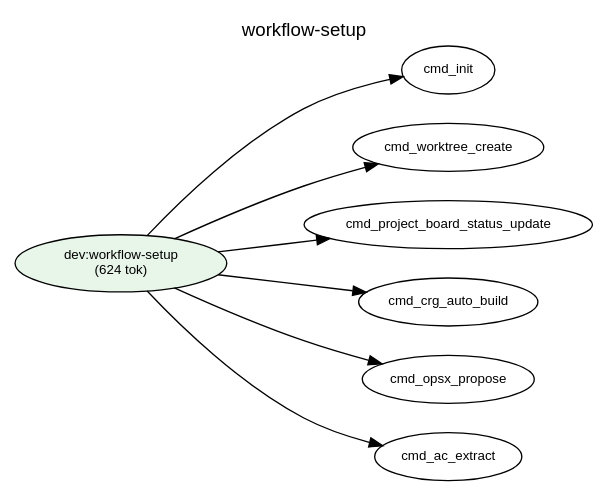
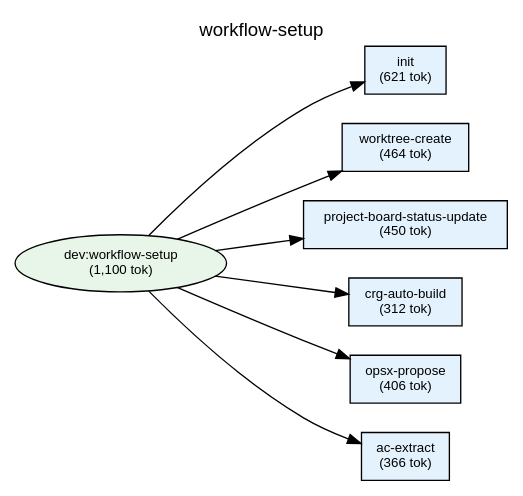
The diagram in plugins/dev/docs/deps-workflow-setup.dot (shuu5/twill), drawn with Graphviz before and after one commit. The commit also changed 26 other files, not shown here.

```diff
--- a/plugins/dev/docs/deps-workflow-setup.dot
+++ b/plugins/dev/docs/deps-workflow-setup.dot
@@ -1,43 +1,57 @@
 digraph Dependencies {
     // Graph settings
     rankdir=LR;
     ranksep=0.8;
     nodesep=0.3;
     fontname="Helvetica";
     node [fontname="Helvetica", fontsize=10];
     edge [fontname="Helvetica", fontsize=9];
     label="workflow-setup";
     labelloc=t;
     fontsize=14;
 
     // L0: Controller Skills
 
     // L0: Launchers
 
     // L0.5: Workflow Skills
-    skill_workflow_setup [label="dev:workflow-setup\n(624 tok)", shape=ellipse, style=filled, fillcolor="#e8f5e9"];
+    skill_workflow_setup [label="dev:workflow-setup\n(1,100 tok)", shape=ellipse, style=filled, fillcolor="#e8f5e9"];
 
     // Reference Skills
 
     // L1: Direct Commands
+    cmd_init [label="init\n(621 tok)", shape=box, style=filled, fillcolor="#e3f2fd"];
+    cmd_worktree_create [label="worktree-create\n(464 tok)", shape=box, style=filled, fillcolor="#e3f2fd"];
+    cmd_project_board_status_update [label="project-board-status-update\n(450 tok)", shape=box, style=filled, fillcolor="#e3f2fd"];
+    cmd_crg_auto_build [label="crg-auto-build\n(312 tok)", shape=box, style=filled, fillcolor="#e3f2fd"];
+    cmd_opsx_propose [label="opsx-propose\n(406 tok)", shape=box, style=filled, fillcolor="#e3f2fd"];
+    cmd_ac_extract [label="ac-extract\n(366 tok)", shape=box, style=filled, fillcolor="#e3f2fd"];
 
     // L2: Sub Commands
 
     // L3: Agents
 
     // L3.5: Scripts
 
     // L4: External
 
     // Layer constraints
     { rank=same; skill_workflow_setup; }
+    { rank=same; cmd_init; cmd_worktree_create; cmd_project_board_status_update; cmd_crg_auto_build; cmd_opsx_propose; cmd_ac_extract; }
 
     // Edges
     skill_workflow_setup -> cmd_init;
     skill_workflow_setup -> cmd_worktree_create;
     skill_workflow_setup -> cmd_project_board_status_update;
     skill_workflow_setup -> cmd_crg_auto_build;
     skill_workflow_setup -> cmd_opsx_propose;
     skill_workflow_setup -> cmd_ac_extract;
 
+    // Ordering constraints (invisible edges)
+    cmd_init -> cmd_worktree_create [style=invis, weight=10];
+    cmd_worktree_create -> cmd_project_board_status_update [style=invis, weight=10];
+    cmd_project_board_status_update -> cmd_crg_auto_build [style=invis, weight=10];
+    cmd_crg_auto_build -> cmd_opsx_propose [style=invis, weight=10];
+    cmd_opsx_propose -> cmd_ac_extract [style=invis, weight=10];
+
 }
```
